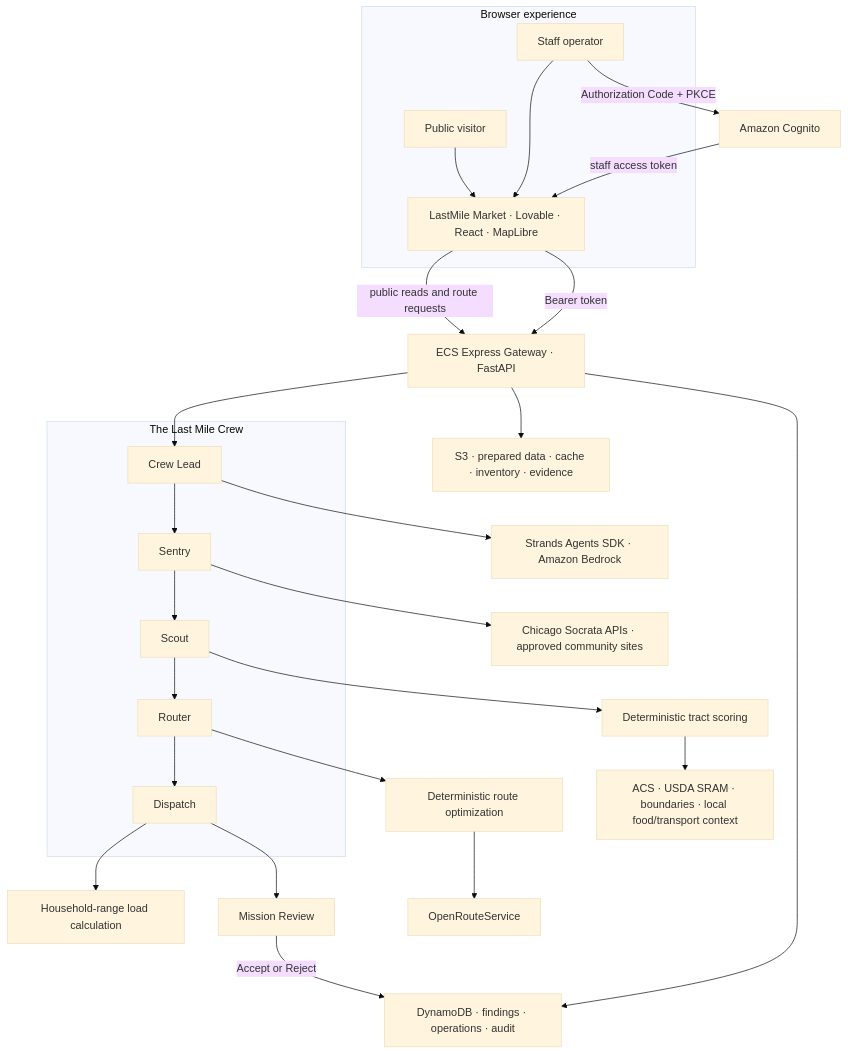
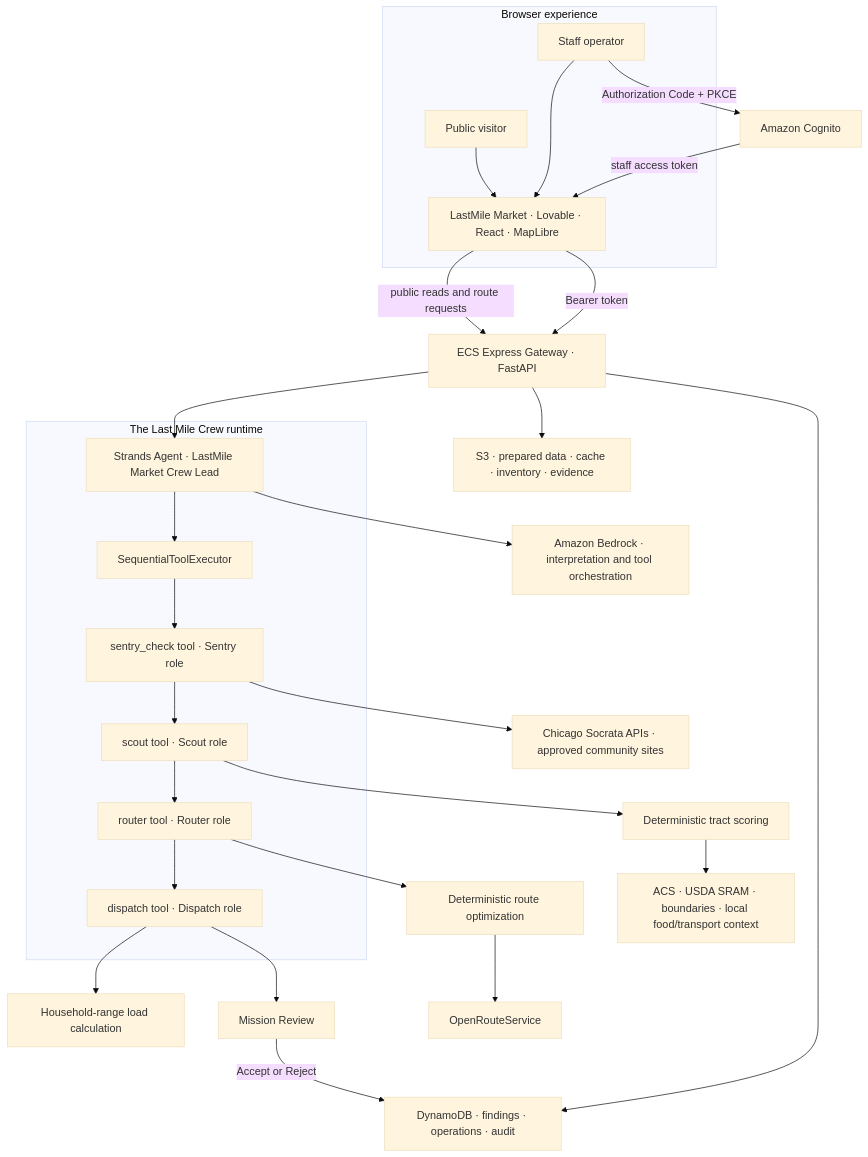
One commit to explainable-ai/food-access-advisor changed the diagram in docs/ARCHITECTURE.md. Above: the diagram before and after it, drawn with Mermaid (base theme). The commit also changed other lines of this file, not shown here.

Commit message:
Clarify Crew Lead orchestration and agent guardrails

````diff
--- a/docs/ARCHITECTURE.md
+++ b/docs/ARCHITECTURE.md
@@ -7,37 +7,39 @@
 ```mermaid
 flowchart TB
     subgraph Browser["Browser experience"]
       VIS["Public visitor"]
       STAFF["Staff operator"]
       UI["LastMile Market · Lovable · React · MapLibre"]
       VIS --> UI
       STAFF --> UI
     end
 
     UI -->|"public reads and route requests"| API["ECS Express Gateway · FastAPI"]
     STAFF -->|"Authorization Code + PKCE"| COG["Amazon Cognito"]
     COG -->|"staff access token"| UI
     UI -->|"Bearer token"| API
 
-    subgraph Crew["The Last Mile Crew"]
-      LEAD["Crew Lead"] --> SENTRY["Sentry"]
-      SENTRY --> SCOUT["Scout"]
-      SCOUT --> ROUTER["Router"]
-      ROUTER --> DISPATCH["Dispatch"]
+    subgraph Crew["The Last Mile Crew runtime"]
+      LEAD["Strands Agent · LastMile Market Crew Lead"]
+      LEAD --> STAGES["SequentialToolExecutor"]
+      STAGES --> SENTRY["sentry_check tool · Sentry role"]
+      SENTRY --> SCOUT["scout tool · Scout role"]
+      SCOUT --> ROUTER["router tool · Router role"]
+      ROUTER --> DISPATCH["dispatch tool · Dispatch role"]
     end
 
     API --> LEAD
     SCOUT --> SCORE["Deterministic tract scoring"]
     ROUTER --> OPT["Deterministic route optimization"]
     DISPATCH --> LOAD["Household-range load calculation"]
-    LEAD --> BEDROCK["Strands Agents SDK · Amazon Bedrock"]
+    LEAD --> BEDROCK["Amazon Bedrock · interpretation and tool orchestration"]
 
     SCORE --> SOURCES["ACS · USDA SRAM · boundaries · local food/transport context"]
     OPT --> ORS["OpenRouteService"]
     SENTRY --> LIVE["Chicago Socrata APIs · approved community sites"]
     API --> S3["S3 · prepared data · cache · inventory · evidence"]
     API --> DDB["DynamoDB · findings · operations · audit"]
 
     DISPATCH --> REVIEW["Mission Review"]
     REVIEW -->|"Accept or Reject"| DDB
 ```
````
